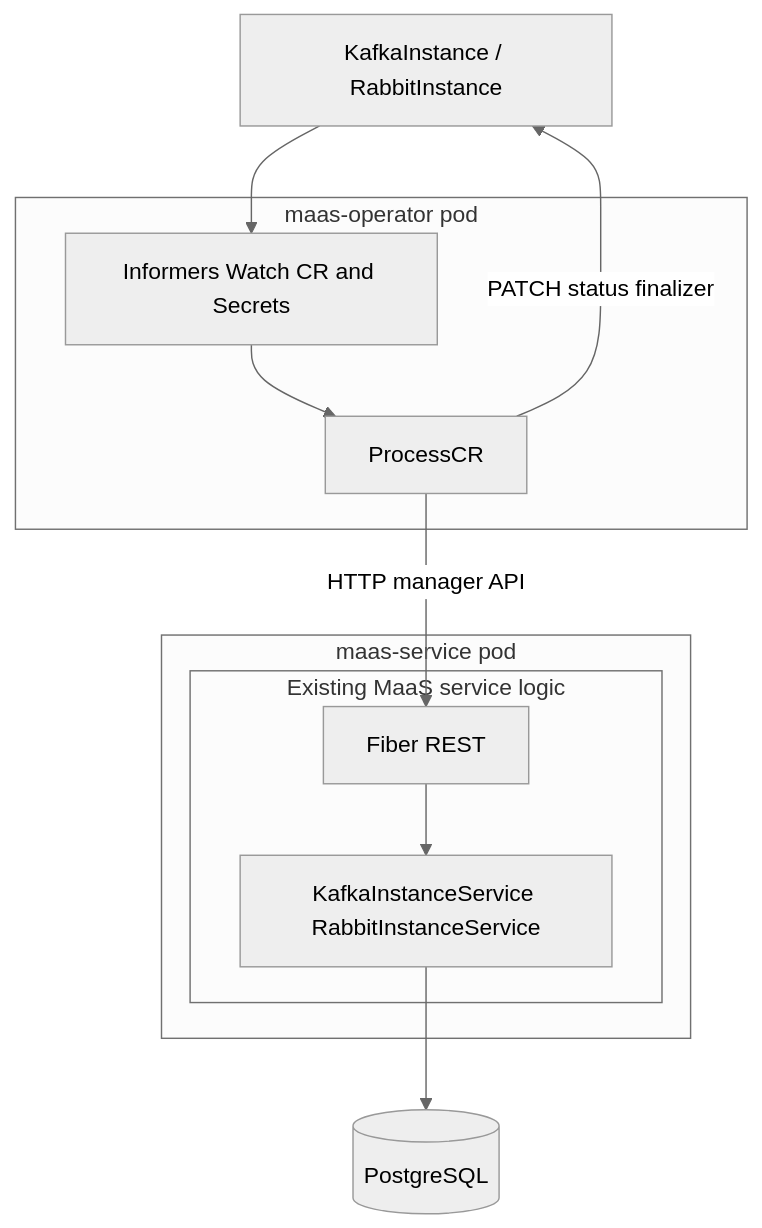
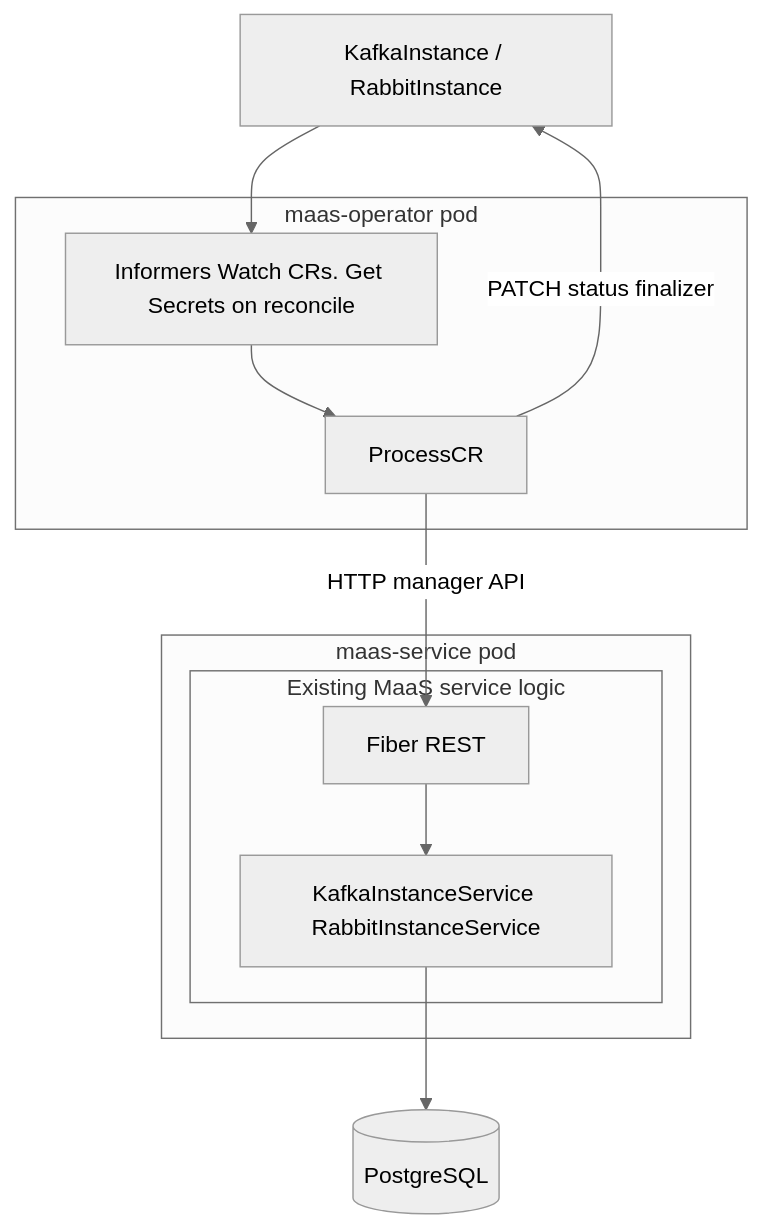
Before and after one commit to Netcracker/qubership-maas: the first of 5 diagrams in docs/operator_design_notes.md, drawn with Mermaid (neutral theme). The commit also changed other lines of this file and 6 other files, not shown here.

````diff
--- a/docs/operator_design_notes.md
+++ b/docs/operator_design_notes.md
@@ -35,20 +35,20 @@
 ```mermaid
 flowchart TB
   crB[KafkaInstance / RabbitInstance]
   subgraph opB [maas-operator pod]
-    recB[Informers Watch CR and Secrets]
+    recB[Informers Watch CRs. Get Secrets on reconcile]
     processB[ProcessCR]
     recB --> processB
   end
   subgraph msB [maas-service pod]
     subgraph logicB [Existing MaaS service logic]
       fiberB[Fiber REST]
       instB[KafkaInstanceService RabbitInstanceService]
       fiberB --> instB
     end
   end
   crB --> recB
   processB -->|"HTTP manager API"| fiberB
   processB -->|"PATCH status finalizer"| crB
   instB --> pgB[(PostgreSQL)]
 ```
````
